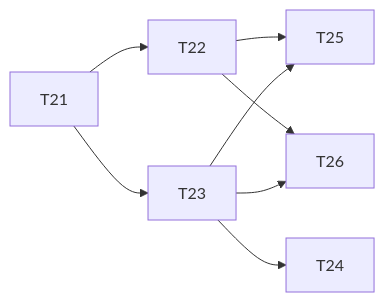
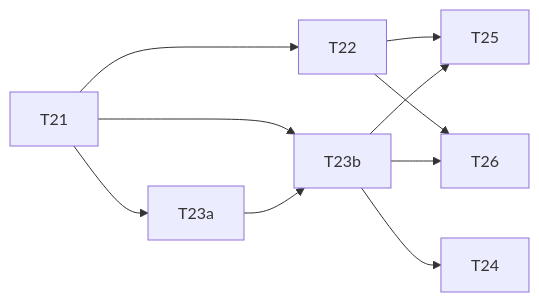
The second of 2 diagrams in docs/评价与售后设计方案.md (xyh-1723/shopping-web), drawn with Mermaid before and after one commit. The commit also changed other lines of this file, not shown here.

````diff
--- a/docs/评价与售后设计方案.md
+++ b/docs/评价与售后设计方案.md
@@ -850,10 +981,12 @@
 ```mermaid
 graph LR
   T21 --> T22
-  T21 --> T23
-  T23 --> T24
+  T21 --> T23a
+  T21 --> T23b
+  T23a --> T23b
+  T23b --> T24
   T22 --> T25
-  T23 --> T25
+  T23b --> T25
   T22 --> T26
-  T23 --> T26
+  T23b --> T26
 ```
````
